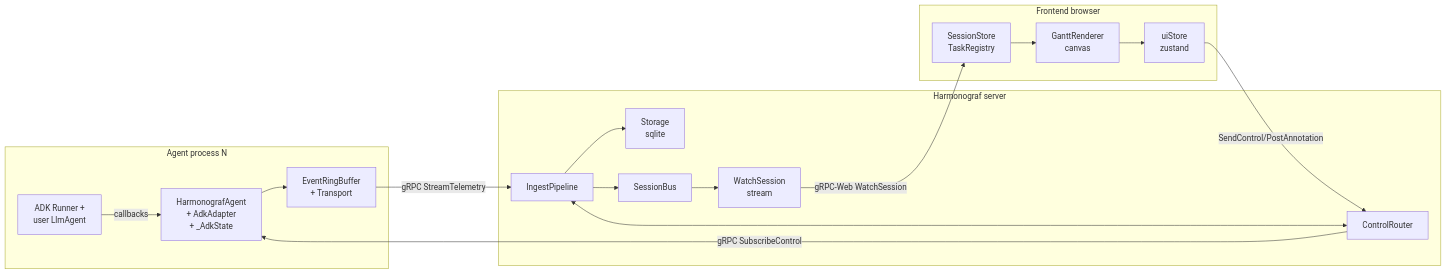
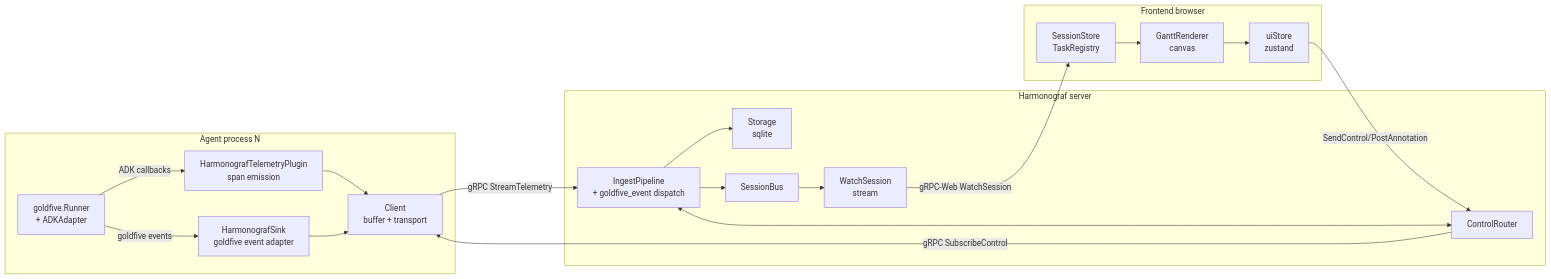
The first of 4 diagrams in docs/dev-guide/architecture.md (pedapudi/harmonograf), drawn with Mermaid before and after one commit. The commit also changed other lines of this file and 40 other files, not shown here.

````diff
--- a/docs/dev-guide/architecture.md
+++ b/docs/dev-guide/architecture.md
@@ -35,31 +9,33 @@
 ```mermaid
 flowchart LR
     subgraph A[Agent process N]
-        runner[ADK Runner +<br/>user LlmAgent]
-        hagent[HarmonografAgent<br/>+ AdkAdapter<br/>+ _AdkState]
-        buf[EventRingBuffer<br/>+ Transport]
-        runner -- callbacks --> hagent --> buf
+        runner[goldfive.Runner<br/>+ ADKAdapter]
+        plugin[HarmonografTelemetryPlugin<br/>span emission]
+        sink[HarmonografSink<br/>goldfive event adapter]
+        client[Client<br/>buffer + transport]
+        runner -- ADK callbacks --> plugin --> client
+        runner -- goldfive events --> sink --> client
     end
     subgraph S[Harmonograf server]
-        ingest[IngestPipeline]
+        ingest[IngestPipeline<br/>+ goldfive_event dispatch]
         store[Storage<br/>sqlite]
         bus[SessionBus]
         router[ControlRouter]
         watch[WatchSession<br/>stream]
         ingest --> store
         ingest --> bus
         bus --> watch
         router <--> ingest
     end
     subgraph F[Frontend browser]
         sstore[SessionStore<br/>TaskRegistry]
         renderer[GanttRenderer<br/>canvas]
         ui[uiStore<br/>zustand]
         sstore --> renderer
         renderer --> ui
     end
-    buf -- gRPC StreamTelemetry --> ingest
-    router -- gRPC SubscribeControl --> hagent
+    client -- gRPC StreamTelemetry --> ingest
+    router -- gRPC SubscribeControl --> client
     watch -- gRPC-Web WatchSession --> sstore
     ui -- SendControl/PostAnnotation --> router
 ```
````
